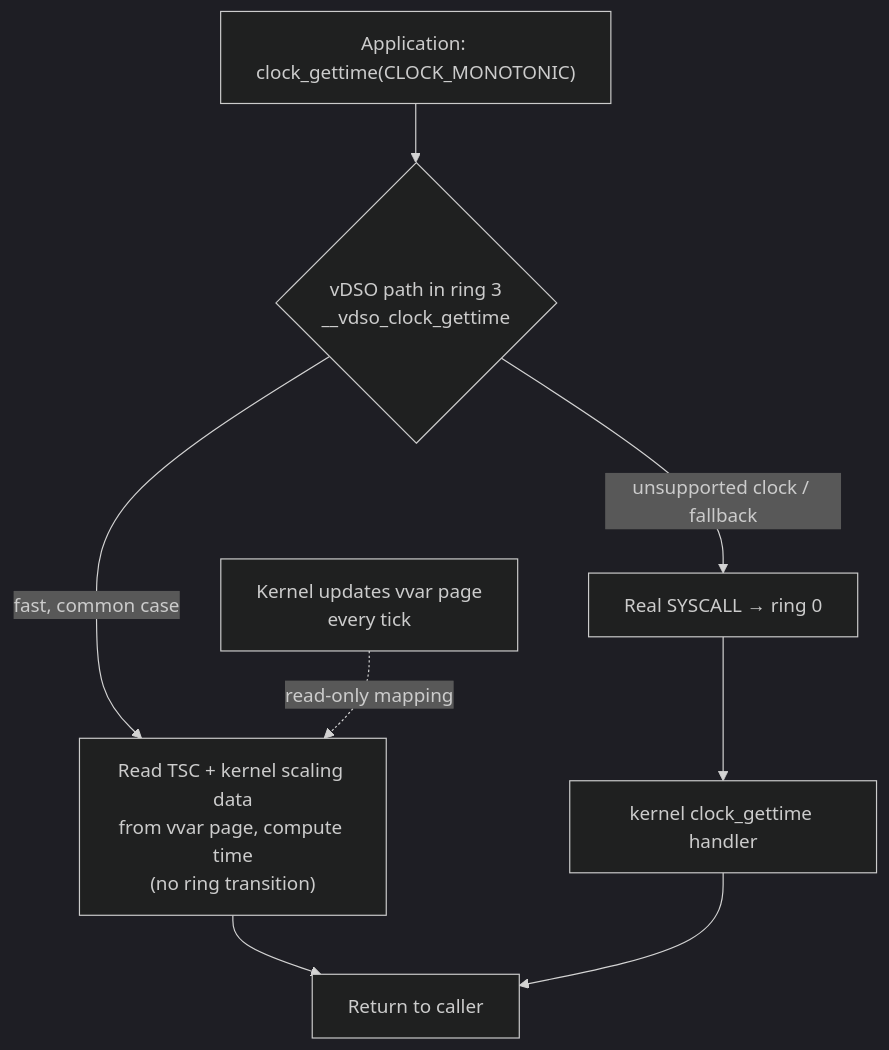
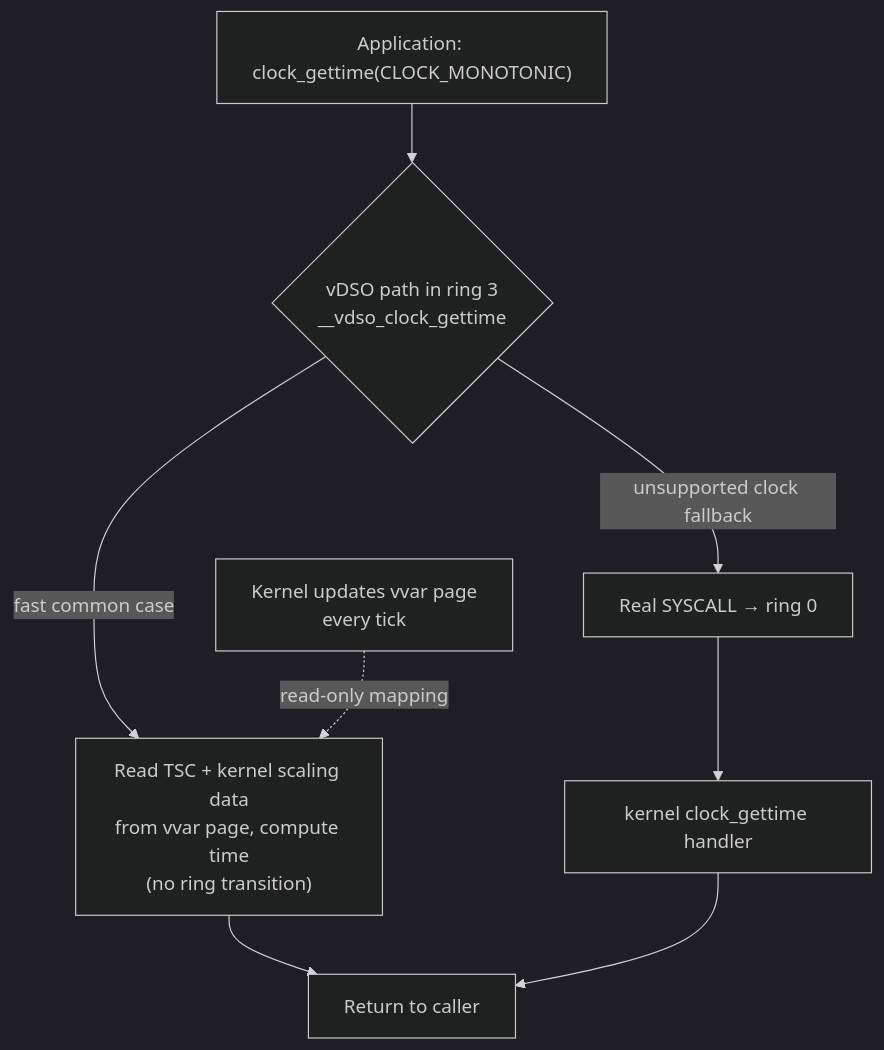
The fifth of 6 diagrams in vol-02-operating-systems-linux/ch05-system-calls.md (bumbsclaw/textbooks), drawn with Mermaid (dark theme) before and after one commit. The commit also changed other lines of this file and 173 other files, not shown here.

First line of the commit message:
fix(mermaid): close note brackets, semicolons in Notes, stateDiagram br -> dash, edge parens

````diff
--- a/vol-02-operating-systems-linux/ch05-system-calls.md
+++ b/vol-02-operating-systems-linux/ch05-system-calls.md
@@ -406,11 +406,11 @@
 ```mermaid
 flowchart TD
   APP["Application: clock_gettime(CLOCK_MONOTONIC)"]
   APP --> V{"vDSO path in ring 3<br/>__vdso_clock_gettime"}
-  V -->|"fast, common case"| CALC["Read TSC + kernel scaling data<br/>from vvar page, compute time<br/>(no ring transition)"]
+  V -->|"fast common case"| CALC["Read TSC + kernel scaling data<br/>from vvar page, compute time<br/>(no ring transition)"]
   CALC --> RET["Return to caller"]
-  V -->|"unsupported clock / fallback"| SC["Real SYSCALL → ring 0"]
+  V -->|"unsupported clock fallback"| SC["Real SYSCALL → ring 0"]
   SC --> KH["kernel clock_gettime handler"]
   KH --> RET
   KUP["Kernel updates vvar page<br/>every tick"] -.->|read-only mapping| CALC
 ```
````
